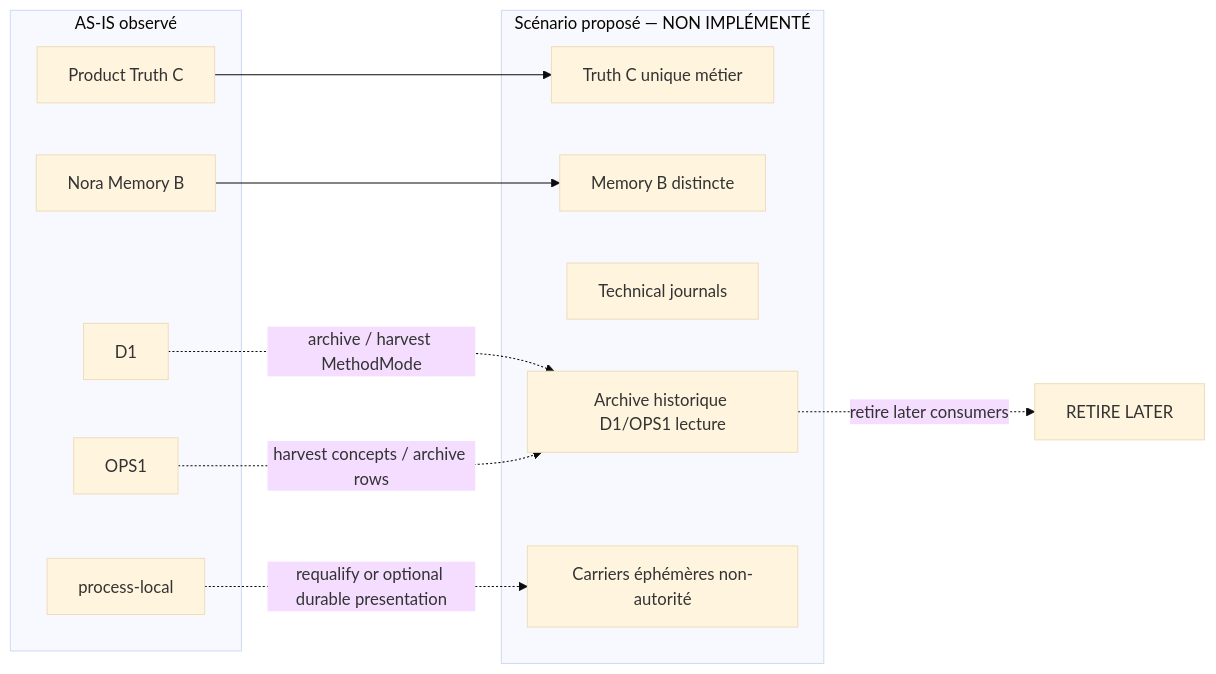
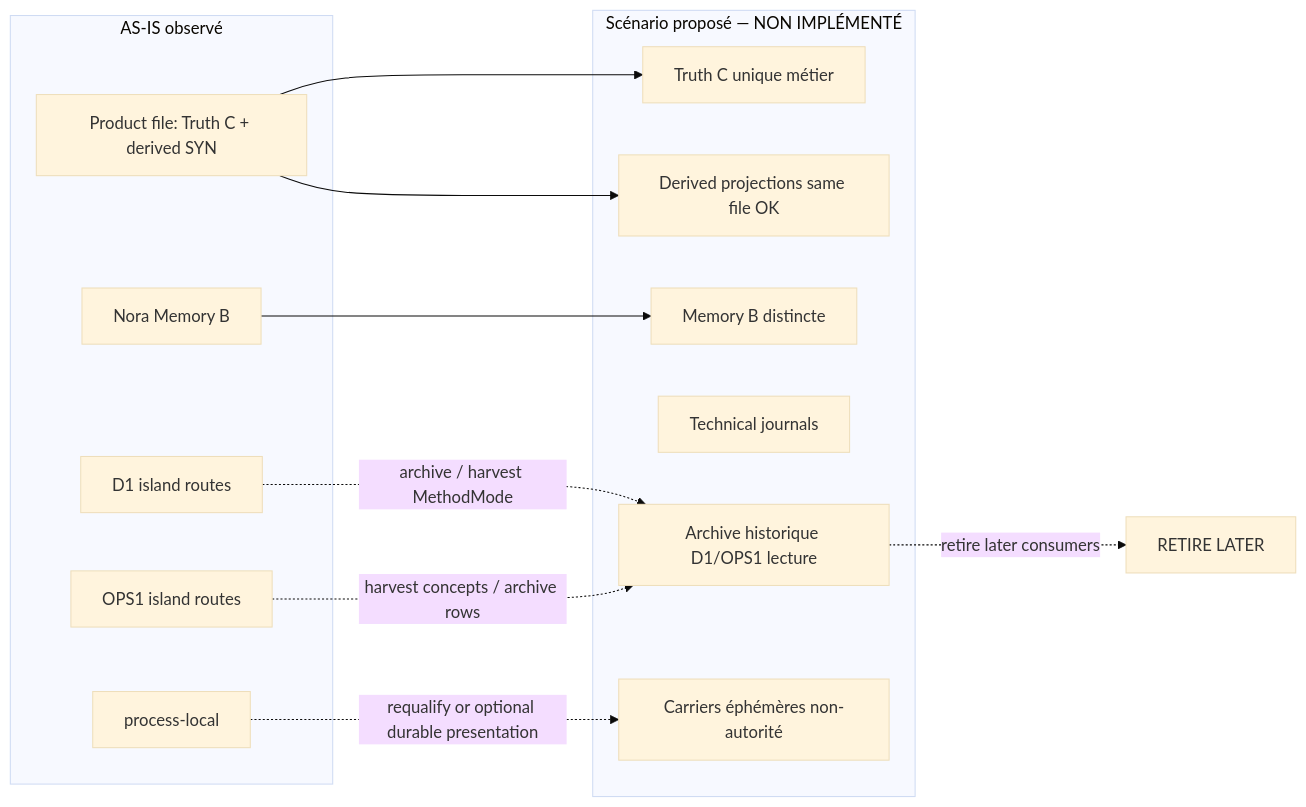
Before and after one commit to mcleland147/sfia-workspace: the second of 2 diagrams in sfia-review-handoff/latest-chatgpt-review.md, drawn with Mermaid (base theme). The commit also changed other lines of this file, not shown here.

````diff
--- a/sfia-review-handoff/latest-chatgpt-review.md
+++ b/sfia-review-handoff/latest-chatgpt-review.md
@@ -388,23 +413,25 @@
 ```mermaid
 flowchart LR
   subgraph ASIS["AS-IS observé"]
-    A1[Product Truth C]
+    A1[Product file: Truth C + derived SYN]
     A2[Nora Memory B]
-    A3[D1]
-    A4[OPS1]
+    A3[D1 island routes]
+    A4[OPS1 island routes]
     A5[process-local]
   end
   subgraph TARGET["Scénario proposé — NON IMPLÉMENTÉ"]
     T1[Truth C unique métier]
+    T1b[Derived projections same file OK]
     T2[Memory B distincte]
     T3[Technical journals]
     T4[Archive historique D1/OPS1 lecture]
     T5[Carriers éphémères non-autorité]
   end
   A1 --> T1
+  A1 --> T1b
   A2 --> T2
   A3 -.->|archive / harvest MethodMode| T4
   A4 -.->|harvest concepts / archive rows| T4
   A5 -.->|requalify or optional durable presentation| T5
   T4 -.->|retire later consumers| X[RETIRE LATER]
 ```
````
